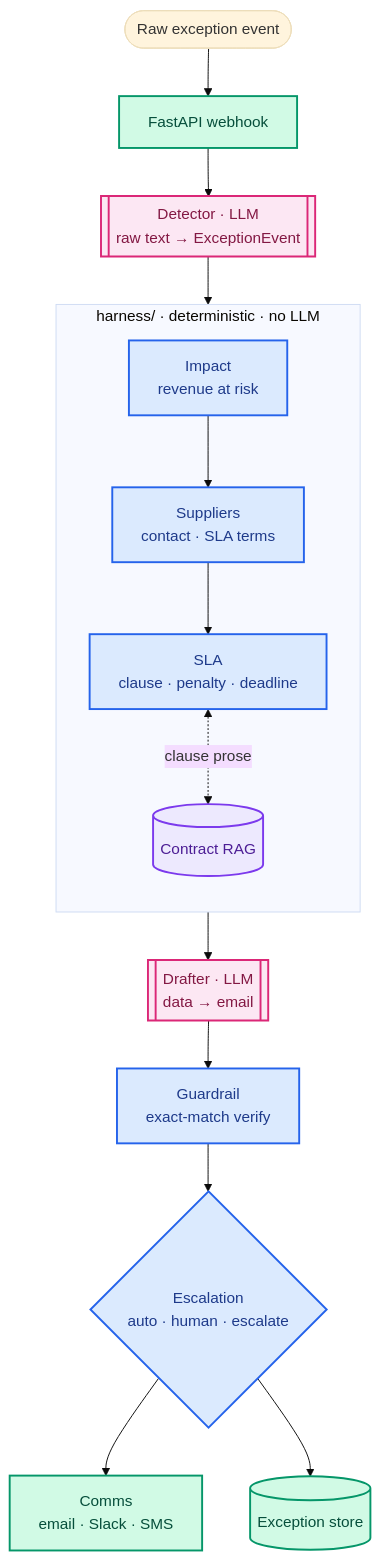
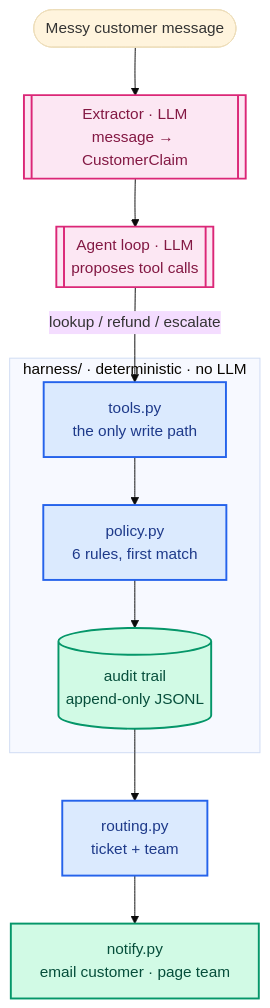
Before and after one commit to AmanDataGuy/Resolv: the diagram in README.md, drawn with Mermaid (base theme). The commit also changed other lines of this file, not shown here.

Commit message:
README.md: rewrite for the refund agent + pass^k benchmark (drop the deleted supply-chain product)

````diff
--- a/README.md
+++ b/README.md
@@ -30,24 +46,18 @@
 ```mermaid
 flowchart TD
-    Event([Raw exception event]) --> API[FastAPI webhook]:::io
-    API --> Detect[["Detector · LLM<br>raw text → ExceptionEvent"]]:::llm
-    Detect --> Impact
+    Msg([Messy customer message]) --> Ext[["Extractor · LLM<br>message → CustomerClaim"]]:::llm
+    Ext --> Loop[["Agent loop · LLM<br>proposes tool calls"]]:::llm
+    Loop -->|lookup / refund / escalate| Tools[tools.py<br>the only write path]:::h
 
     subgraph HARNESS ["harness/ · deterministic · no LLM"]
-        direction TB
-        Impact[Impact<br>revenue at risk]:::h --> Supp[Suppliers<br>contact · SLA terms]:::h
-        Supp --> SLA[SLA<br>clause · penalty · deadline]:::h
-        SLA <-. clause prose .-> RAG[(Contract RAG)]:::rag
+        Tools --> Policy[policy.py<br>6 rules, first match]:::h
+        Policy --> Audit[(audit trail<br>append-only JSONL)]:::io
     end
 
-    SLA --> Draft[["Drafter · LLM<br>data → email"]]:::llm
-    Draft --> Guard[Guardrail<br>exact-match verify]:::h
-    Guard --> Esc{Escalation<br>auto · human · escalate}:::h
-    Esc --> Comms[Comms<br>email · Slack · SMS]:::io
-    Esc --> Store[(Exception store)]:::io
+    Audit --> Route[routing.py<br>ticket + team]:::h
+    Route --> Notify[notify.py<br>email customer · page team]:::io
 
     classDef llm fill:#fce7f3,stroke:#db2777,stroke-width:2px,color:#831843;
     classDef h fill:#dbeafe,stroke:#2563eb,stroke-width:2px,color:#1e3a8a;
-    classDef rag fill:#ede9fe,stroke:#7c3aed,stroke-width:2px,color:#4c1d95;
     classDef io fill:#d1fae5,stroke:#059669,stroke-width:2px,color:#064e3b;
 ```
````
